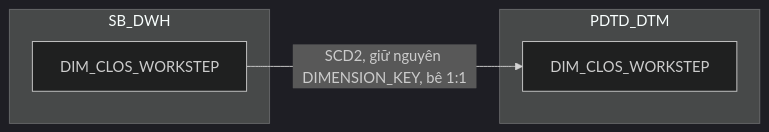
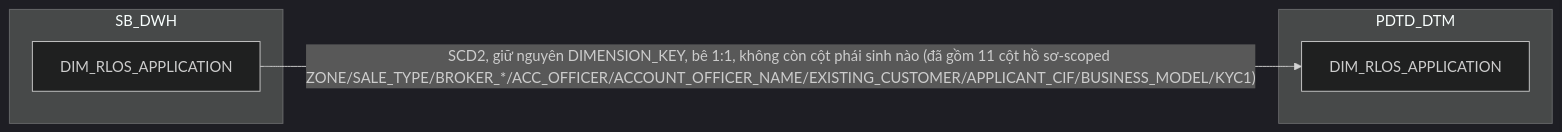
One commit to chien1198/sb-mapping-gen changed the ninth of 18 diagrams in hld/hld_review/HLD_DIM_PDTD_DTM_review.md. Above: the diagram before and after it, drawn with Mermaid (dark theme). The commit also changed other lines of this file and 183 other files, not shown here.

````diff
--- a/hld/hld_review/HLD_DIM_PDTD_DTM_review.md
+++ b/hld/hld_review/HLD_DIM_PDTD_DTM_review.md
@@ -450,10 +387,10 @@
 ```mermaid
 flowchart LR
     subgraph SB_DWH
-        D["DIM_CLOS_WORKSTEP"]
+        F["DIM_RLOS_APPLICATION"]
     end
     subgraph PDTD_DTM
-        E["DIM_CLOS_WORKSTEP"]
+        G["DIM_RLOS_APPLICATION"]
     end
-    D -->|SCD2, giữ nguyên DIMENSION_KEY, bê 1:1| E
+    F -->|"SCD2, giữ nguyên DIMENSION_KEY, bê 1:1, không còn cột phái sinh nào (đã gồm 11 cột hồ sơ-scoped ZONE/SALE_TYPE/BROKER_*/ACC_OFFICER/ACCOUNT_OFFICER_NAME/EXISTING_CUSTOMER/APPLICANT_CIF/BUSINESS_MODEL/KYC1)"| G
 ```
````
